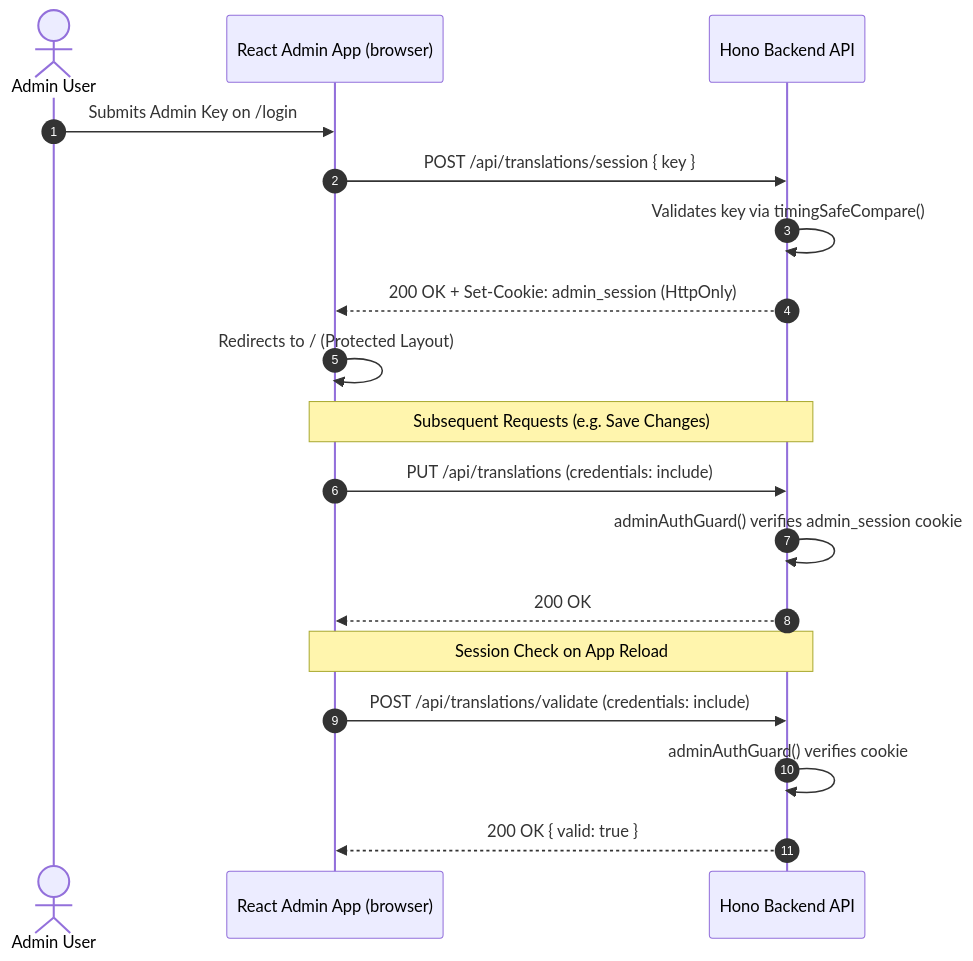
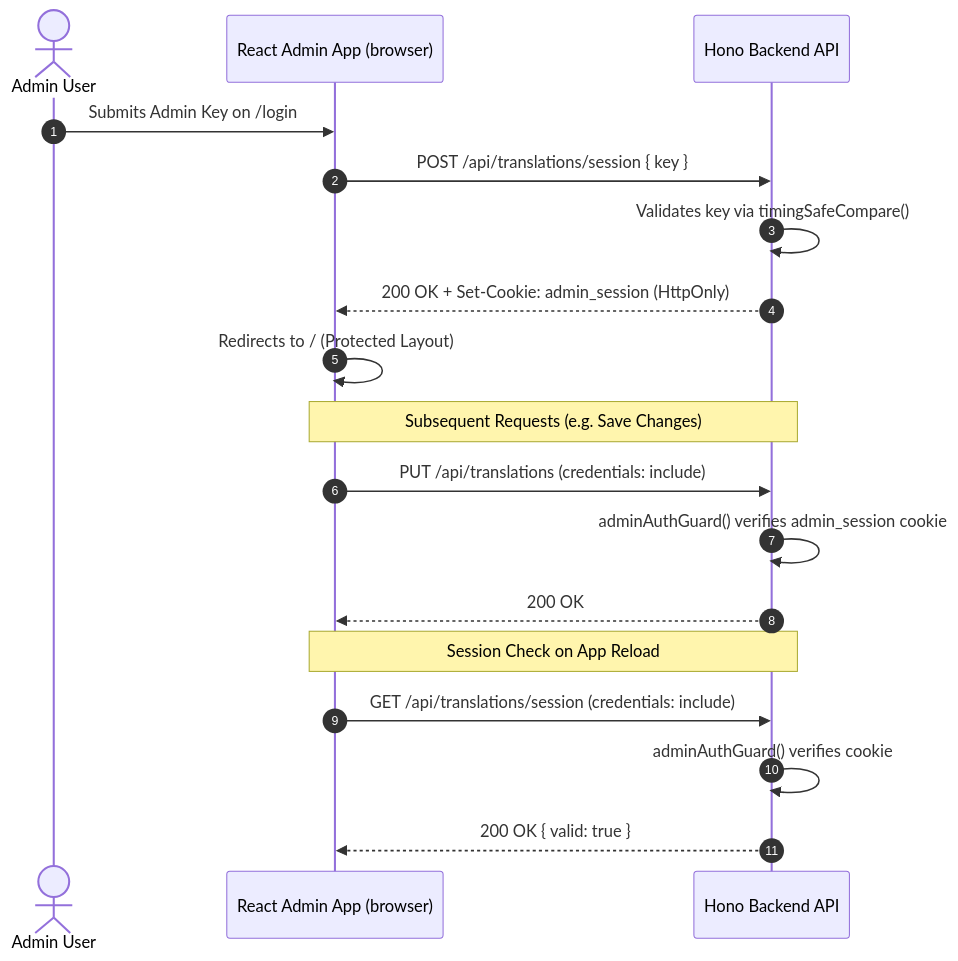
Before and after one commit to masch/sonora: the diagram in docs/admin_auth_architecture.md, drawn with Mermaid. The commit also changed other lines of this file and 8 other files, not shown here.

Commit message:
refactor(auth): use RESTful GET /session endpoint, default empty body in HTTP client, and validate response payload

````diff
--- a/docs/admin_auth_architecture.md
+++ b/docs/admin_auth_architecture.md
@@ -17,23 +17,23 @@
 ```mermaid
 sequenceDiagram
     autonumber
     actor Admin as Admin User
     participant App as React Admin App (browser)
     participant API as Hono Backend API
 
     Admin->>App: Submits Admin Key on /login
     App->>API: POST /api/translations/session { key }
     API->>API: Validates key via timingSafeCompare()
     API-->>App: 200 OK + Set-Cookie: admin_session (HttpOnly)
     App->>App: Redirects to / (Protected Layout)
 
     Note over App,API: Subsequent Requests (e.g. Save Changes)
     App->>API: PUT /api/translations (credentials: include)
     API->>API: adminAuthGuard() verifies admin_session cookie
     API-->>App: 200 OK
 
     Note over App,API: Session Check on App Reload
-    App->>API: POST /api/translations/validate (credentials: include)
+    App->>API: GET /api/translations/session (credentials: include)
     API->>API: adminAuthGuard() verifies cookie
     API-->>App: 200 OK { valid: true }
 ```
````
